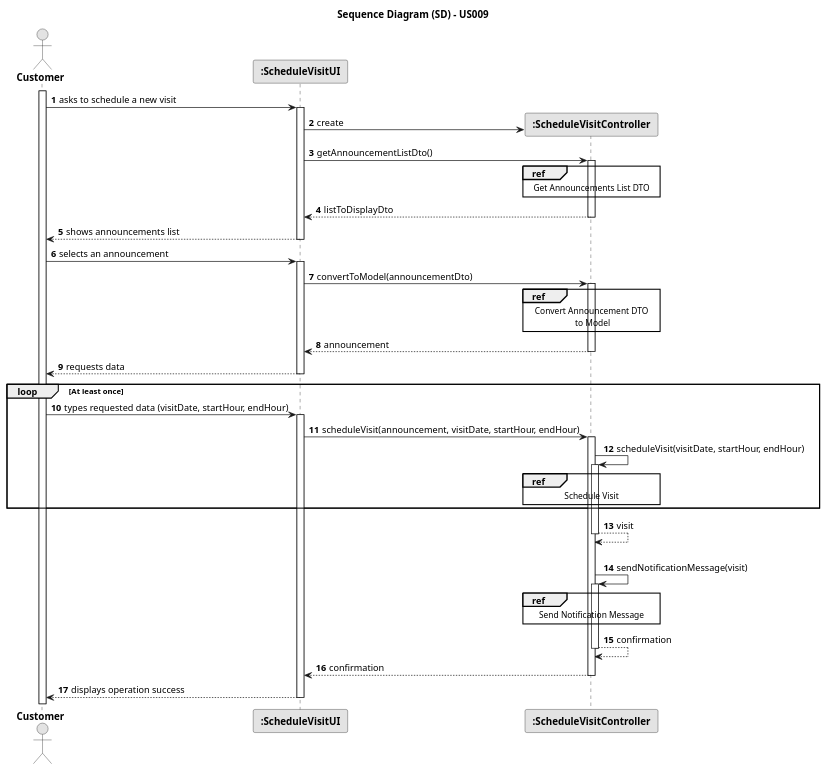
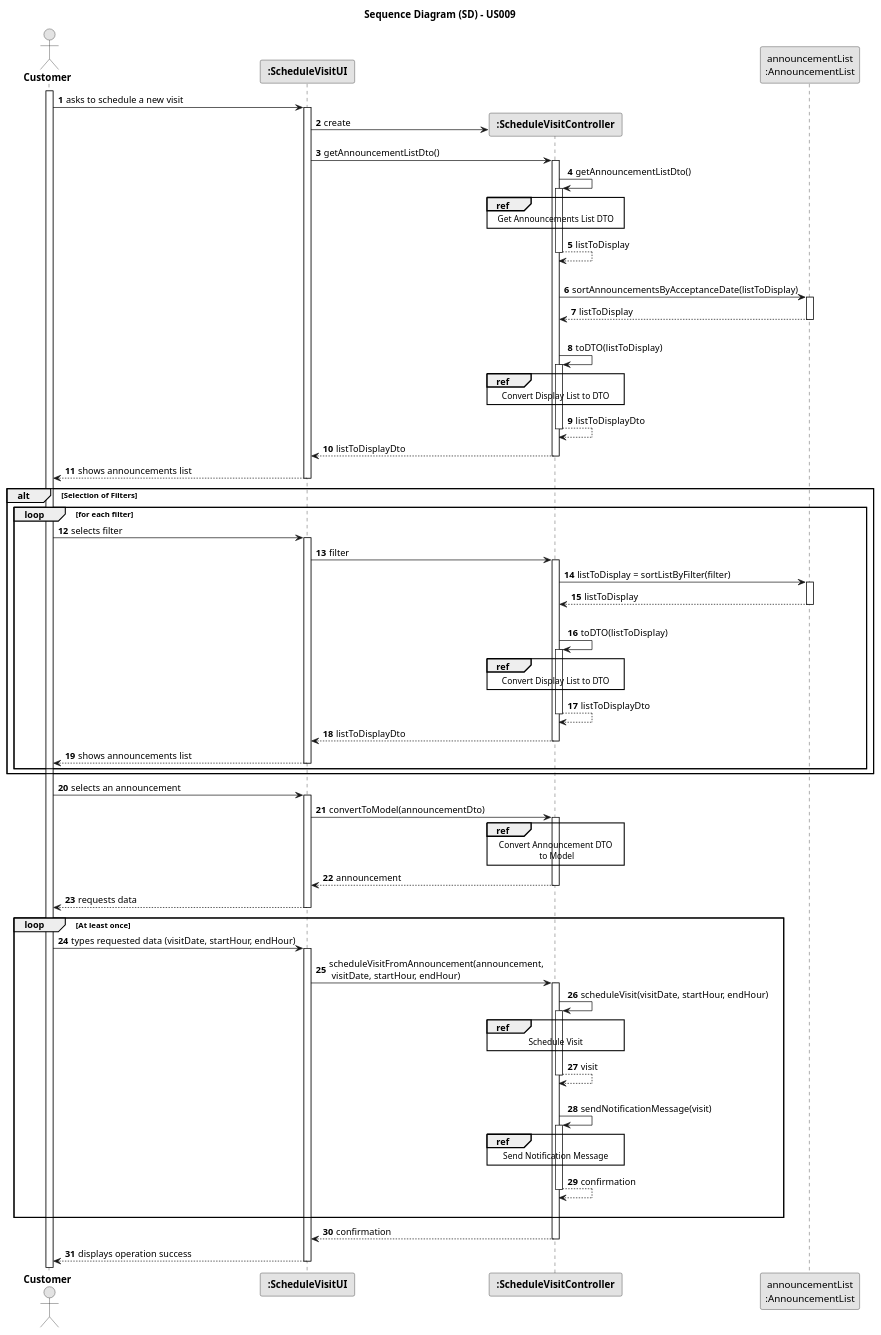
Before and after one commit to rita-barbosa/LAPR2-2223: the diagram in docs/sprintC/us009/03.design/puml/us009-sequence-diagram-slip.puml, drawn with PlantUML. The commit also changed 1 other file, not shown here.

```diff
--- a/docs/sprintC/us009/03.design/puml/us009-sequence-diagram-slip.puml
+++ b/docs/sprintC/us009/03.design/puml/us009-sequence-diagram-slip.puml
@@ -1,84 +1,148 @@
 @startuml
 skinparam monochrome true
 skinparam packageStyle rectangle
 skinparam shadowing false
 
 title Sequence Diagram (SD) - US009
 
 autonumber
 
 actor "<b> Customer </b>" as CTM
 participant "<b> :ScheduleVisitUI </b>" as UI
 participant "<b> :ScheduleVisitController </b>" as CTRL
+participant "announcementList\n:AnnouncementList" as LISTCLASS
 
 activate CTM
 
     CTM -> UI : asks to schedule a new visit
         activate UI
 
     UI -> CTRL** : create
 
     UI -> CTRL : getAnnouncementListDto()
         activate CTRL
+
+    CTRL -> CTRL : getAnnouncementListDto()
+    activate CTRL
             ref over CTRL
                 Get Announcements List DTO
             end ref
-    CTRL --> UI : listToDisplayDto
-        deactivate CTRL
+        CTRL --> CTRL : listToDisplay
+    deactivate CTRL
+|||
+    CTRL -> LISTCLASS : sortAnnouncementsByAcceptanceDate(listToDisplay)
+    activate LISTCLASS
 
-    UI --> CTM : shows announcements list
-        deactivate UI
+        LISTCLASS --> CTRL : listToDisplay
+    deactivate LISTCLASS
+
+|||
+    CTRL -> CTRL : toDTO(listToDisplay)
+    activate CTRL
+            ref over CTRL
+                Convert Display List to DTO
+            end ref
+        CTRL --> CTRL : listToDisplayDto
+    deactivate CTRL
+
+        CTRL --> UI : listToDisplayDto
+    deactivate CTRL
+
+        UI --> CTM : shows announcements list
+    deactivate UI
+
+    alt Selection of Filters
+
+        loop for each filter
+            CTM -> UI : selects filter
+            activate UI
+
+            UI -> CTRL : filter
+
+            activate CTRL
+
+                CTRL -> LISTCLASS : listToDisplay = sortListByFilter(filter)
+                activate LISTCLASS
+
+                    LISTCLASS --> CTRL : listToDisplay
+                deactivate LISTCLASS
+
+                |||
+                    CTRL -> CTRL : toDTO(listToDisplay)
+                    activate CTRL
+                            ref over CTRL
+                                Convert Display List to DTO
+                            end ref
+                        CTRL --> CTRL : listToDisplayDto
+                    deactivate CTRL
+
+                        CTRL --> UI : listToDisplayDto
+                    deactivate CTRL
+
+                        UI --> CTM : shows announcements list
+                    deactivate UI
+
+            deactivate CTRL
+
+
+
+            deactivate UI
+
+
+
+        end loop
+    end alt
 
     CTM -> UI : selects an announcement
         activate UI
 
     UI -> CTRL : convertToModel(announcementDto)
     activate CTRL
         ref over CTRL
             Convert Announcement DTO
              to Model
         end ref
 
         CTRL --> UI : announcement
     deactivate CTRL
 
     UI --> CTM : requests data
         deactivate UI
 
     loop At least once
     CTM -> UI : types requested data (visitDate, startHour, endHour)
         activate UI
 
-        UI -> CTRL : scheduleVisit(announcement, visitDate, startHour, endHour)
+        UI -> CTRL : scheduleVisitFromAnnouncement(announcement,\n visitDate, startHour, endHour)
 
         activate CTRL
 
         CTRL -> CTRL : scheduleVisit(visitDate, startHour, endHour)
         activate CTRL
 
         ref over CTRL
             Schedule Visit
         end ref
-
-        end loop
 
             CTRL --> CTRL : visit
         deactivate CTRL
 |||
     CTRL -> CTRL : sendNotificationMessage(visit)
         activate CTRL
 
         ref over CTRL
             Send Notification Message
         end ref
 
     CTRL --> CTRL : confirmation
     deactivate CTRL
+    |||
+    end loop
 
     CTRL --> UI : confirmation
     deactivate CTRL
 
     UI --> CTM : displays operation success
         deactivate UI
 
 @enduml
```
